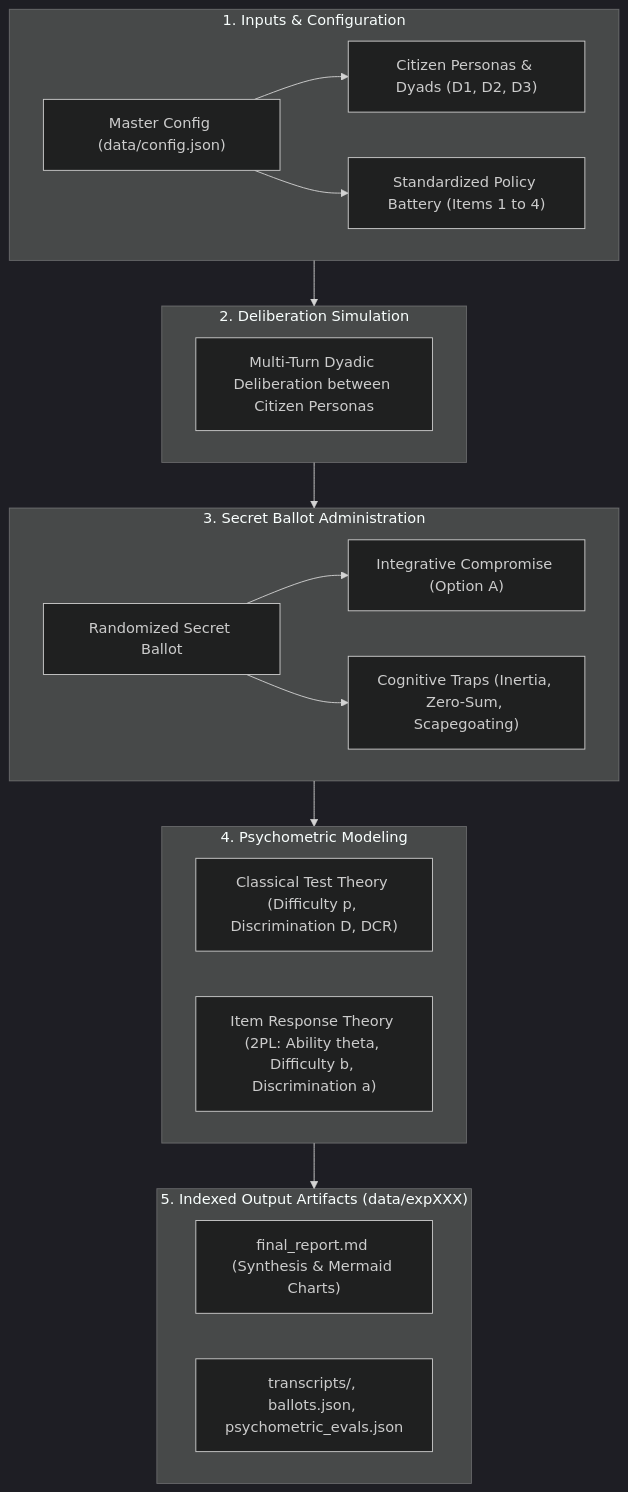
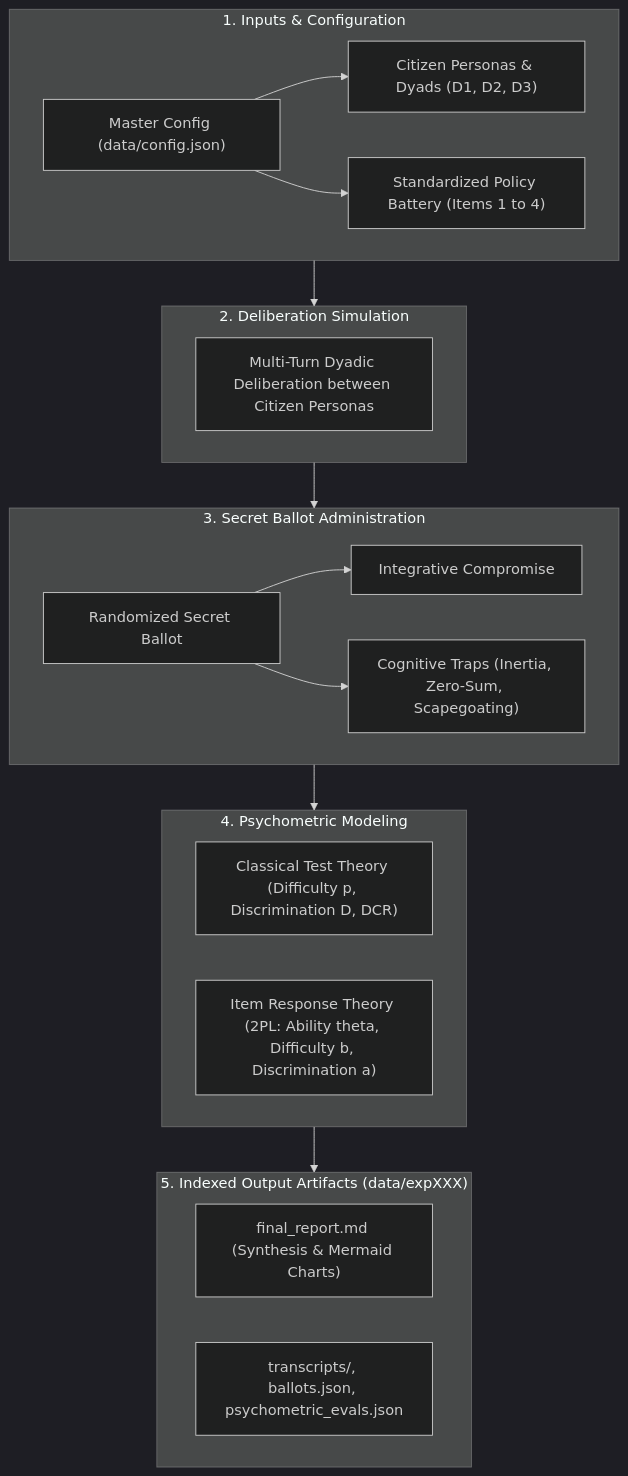
Before and after one commit to yashpola/simple-simulation-irt-evaluation-in-deliberation: the diagram in README.md, drawn with Mermaid (dark theme). The commit also changed other lines of this file, not shown here.

````diff
--- a/README.md
+++ b/README.md
@@ -20,35 +20,35 @@
 ```mermaid
 flowchart TD
     subgraph Phase1 ["1. Inputs & Configuration"]
         CFG["Master Config (data/config.json)"]
         DYADS["Citizen Personas & Dyads (D1, D2, D3)"]
         ITEMS["Standardized Policy Battery (Items 1 to 4)"]
         CFG --> DYADS & ITEMS
     end
 
     subgraph Phase2 ["2. Deliberation Simulation"]
         DIALOGUE["Multi-Turn Dyadic Deliberation between Citizen Personas"]
     end
 
     subgraph Phase3 ["3. Secret Ballot Administration"]
         BALLOT["Randomized Secret Ballot"]
-        KEY["Integrative Compromise (Option A)"]
+        KEY["Integrative Compromise"]
         TRAPS["Cognitive Traps (Inertia, Zero-Sum, Scapegoating)"]
         BALLOT --> KEY & TRAPS
     end
 
     subgraph Phase4 ["4. Psychometric Modeling"]
         CTT["Classical Test Theory (Difficulty p, Discrimination D, DCR)"]
         IRT["Item Response Theory (2PL: Ability theta, Difficulty b, Discrimination a)"]
     end
 
     subgraph Phase5 ["5. Indexed Output Artifacts (data/expXXX)"]
         REPORT["final_report.md (Synthesis & Mermaid Charts)"]
         JSONS["transcripts/, ballots.json, psychometric_evals.json"]
     end
 
     Phase1 --> Phase2
     Phase2 --> Phase3
     Phase3 --> Phase4
     Phase4 --> Phase5
 ```
````
